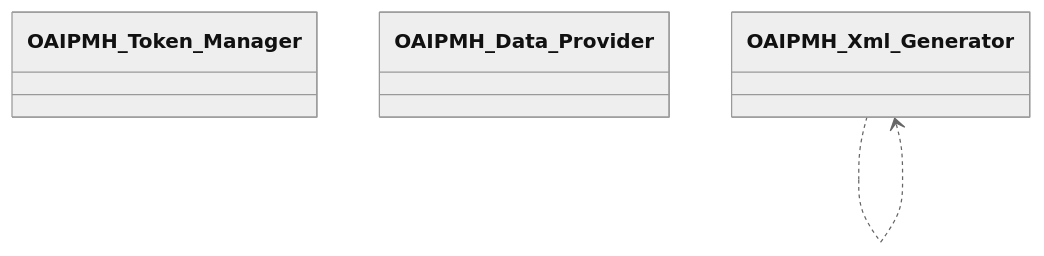
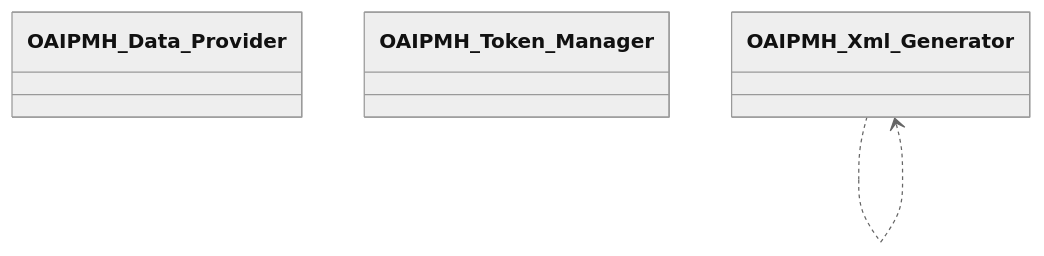
Diagram 11 of 13 in docs/phpdoc/Home.md (tainacan/tainacan), drawn with Mermaid (neutral theme) before and after one commit. The commit also changed other lines of this file and 94 other files, not shown here.

````diff
--- a/docs/phpdoc/Home.md
+++ b/docs/phpdoc/Home.md
@@ -676,8 +676,8 @@
 ```mermaid
 classDiagram
     direction TB
+    class OAIPMH_Data_Provider { }
     class OAIPMH_Token_Manager { }
-    class OAIPMH_Data_Provider { }
     class OAIPMH_Xml_Generator { }
     OAIPMH_Xml_Generator ..> OAIPMH_Xml_Generator
 ```
````
